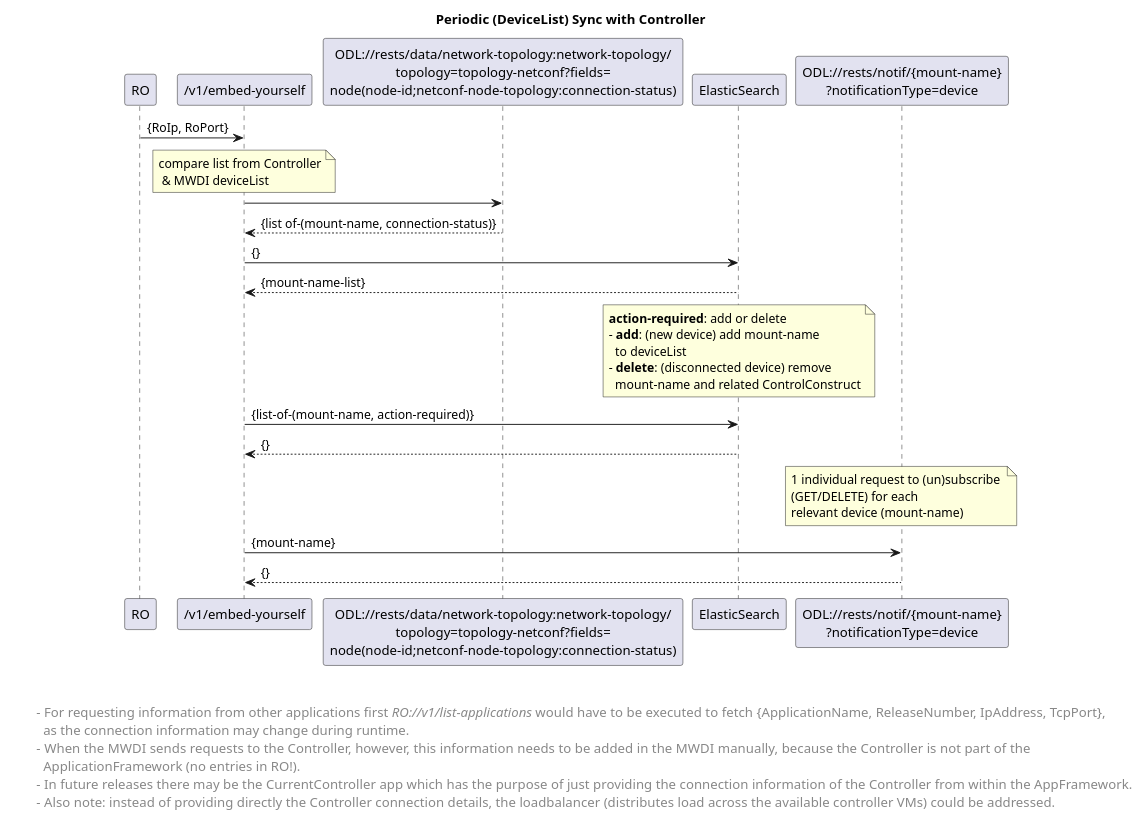
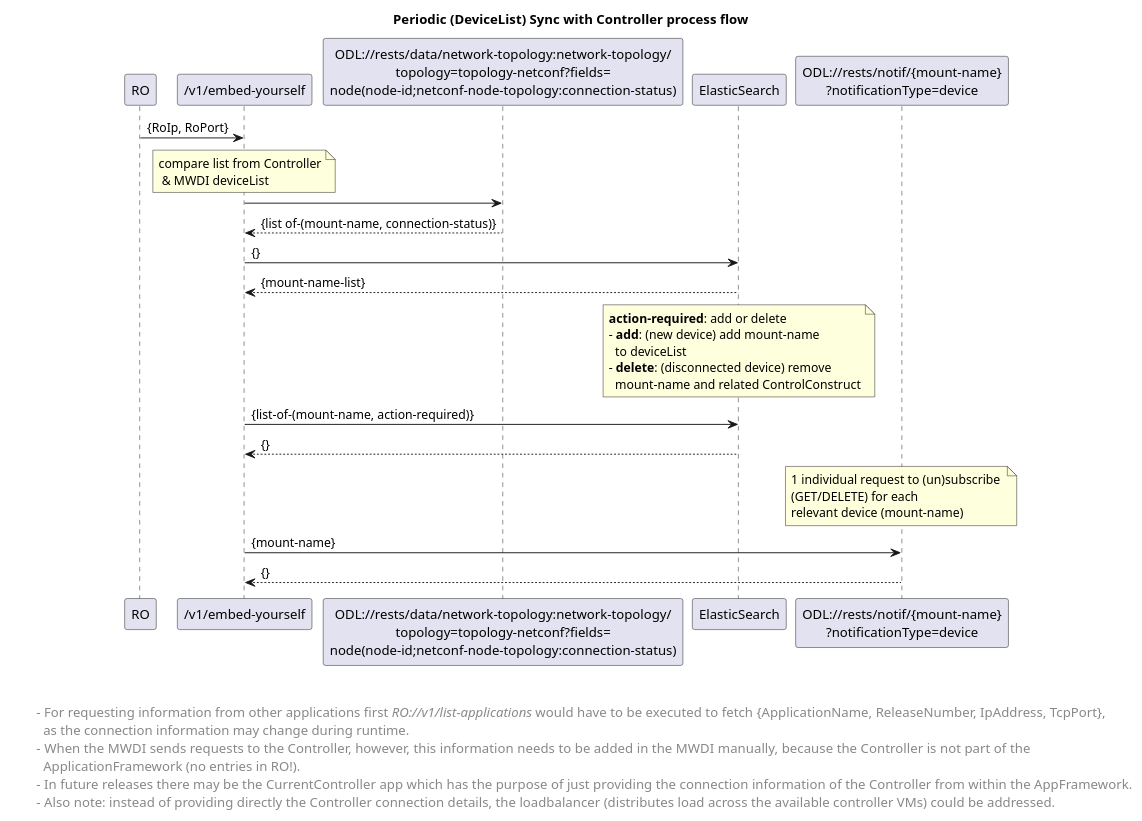
The diagram in spec/diagrams/forwardings/00x_forwardingCyclicOperation.plantuml (openBackhaul/MicroWaveDeviceInventory), drawn with PlantUML before and after one commit. The commit also changed 8 other files, not shown here.

```diff
--- a/spec/diagrams/forwardings/00x_forwardingCyclicOperation.plantuml
+++ b/spec/diagrams/forwardings/00x_forwardingCyclicOperation.plantuml
@@ -1,53 +1,53 @@
 @startuml
 skinparam responseMessageBelowArrow true
 
-title  Periodic (DeviceList) Sync with Controller
+title  Periodic (DeviceList) Sync with Controller process flow
 
 "RO" -> "/v1/embed-yourself": {RoIp, RoPort}
 
 note over "/v1/embed-yourself": compare list from Controller\n & MWDI deviceList
 
 "/v1/embed-yourself" -> "ODL://rests/data/network-topology:network-topology/\ntopology=topology-netconf?fields=\nnode(node-id;netconf-node-topology:connection-status)"
 "ODL://rests/data/network-topology:network-topology/\ntopology=topology-netconf?fields=\nnode(node-id;netconf-node-topology:connection-status)" --> "/v1/embed-yourself": {list of-(mount-name, connection-status)}
 
 "/v1/embed-yourself" -> "ElasticSearch": {}
 "ElasticSearch" --> "/v1/embed-yourself": {mount-name-list}
 
 note over "ElasticSearch"
  <b>action-required</b>: add or delete
  - <b>add</b>: (new device) add mount-name 
    to deviceList
  - <b>delete</b>: (disconnected device) remove 
    mount-name and related ControlConstruct
 end note 
 
 "/v1/embed-yourself" -> "ElasticSearch": {list-of-(mount-name, action-required)}
 "ElasticSearch" --> "/v1/embed-yourself": {}
 
 
 note over "ODL://rests/notif/{mount-name}\n?notificationType=device": 1 individual request to (un)subscribe \n(GET/DELETE) for each \nrelevant device (mount-name)
 
 "/v1/embed-yourself" -> "ODL://rests/notif/{mount-name}\n?notificationType=device": {mount-name}
 "ODL://rests/notif/{mount-name}\n?notificationType=device" --> "/v1/embed-yourself": {}
 
 
 
 left footer 
 
 
 \t- For requesting information from other applications first <i>RO://v1/list-applications</i> would have to be executed to fetch {ApplicationName, ReleaseNumber, IpAddress, TcpPort}, 
 \t  as the connection information may change during runtime.
 \t-  When the MWDI sends requests to the Controller, however, this information needs to be added in the MWDI manually, because the Controller is not part of the 
 \t  ApplicationFramework (no entries in RO!). 
 \t-  In future releases there may be the CurrentController app which has the purpose of just providing the connection information of the Controller from within the AppFramework.
 \t-  Also note: instead of providing directly the Controller connection details, the loadbalancer (distributes load across the available controller VMs) could be addressed.
 end footer
 
 <style>
 footer {
   HorizontalAlignment left
   FontSize 14
 }
 </style>
 
 @enduml
```
